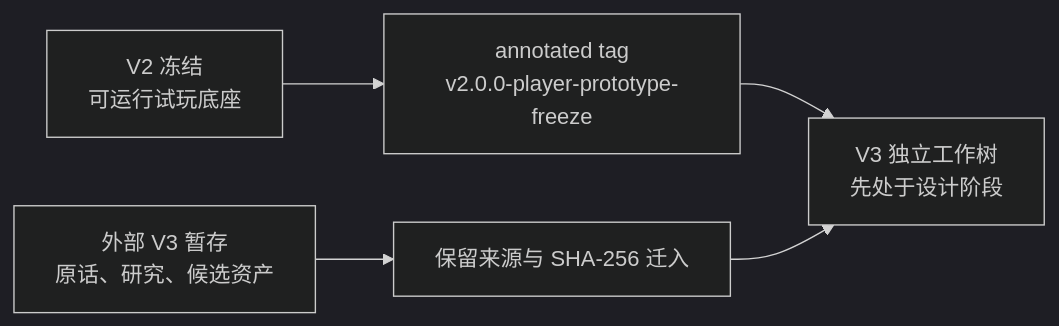
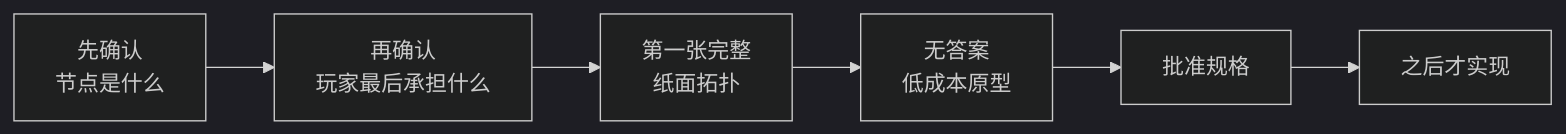
The diagram in docs/project/03-NEXT-ACTIONS.md (NomuTsuki/zhangyan), drawn with Mermaid (dark theme) before and after one commit. The commit also changed other lines of this file and 23 other files, not shown here.

````diff
--- a/docs/project/03-NEXT-ACTIONS.md
+++ b/docs/project/03-NEXT-ACTIONS.md
@@ -22,7 +20,8 @@
 ```mermaid
 flowchart LR
-    V2["V2 冻结<br/>可运行试玩底座"] --> Tag["annotated tag<br/>v2.0.0-player-prototype-freeze"]
-    Draft["外部 V3 暂存<br/>原话、研究、候选资产"] --> Import["保留来源与 SHA-256 迁入"]
-    Tag --> V3["V3 独立工作树<br/>先处于设计阶段"]
-    Import --> V3
+    Node["先确认<br/>节点是什么"] --> Ending["再确认<br/>玩家最后承担什么"]
+    Ending --> Paper["第一张完整<br/>纸面拓扑"]
+    Paper --> Test["无答案<br/>低成本原型"]
+    Test --> Spec["批准规格"]
+    Spec --> Code["之后才实现"]
 ```
````
